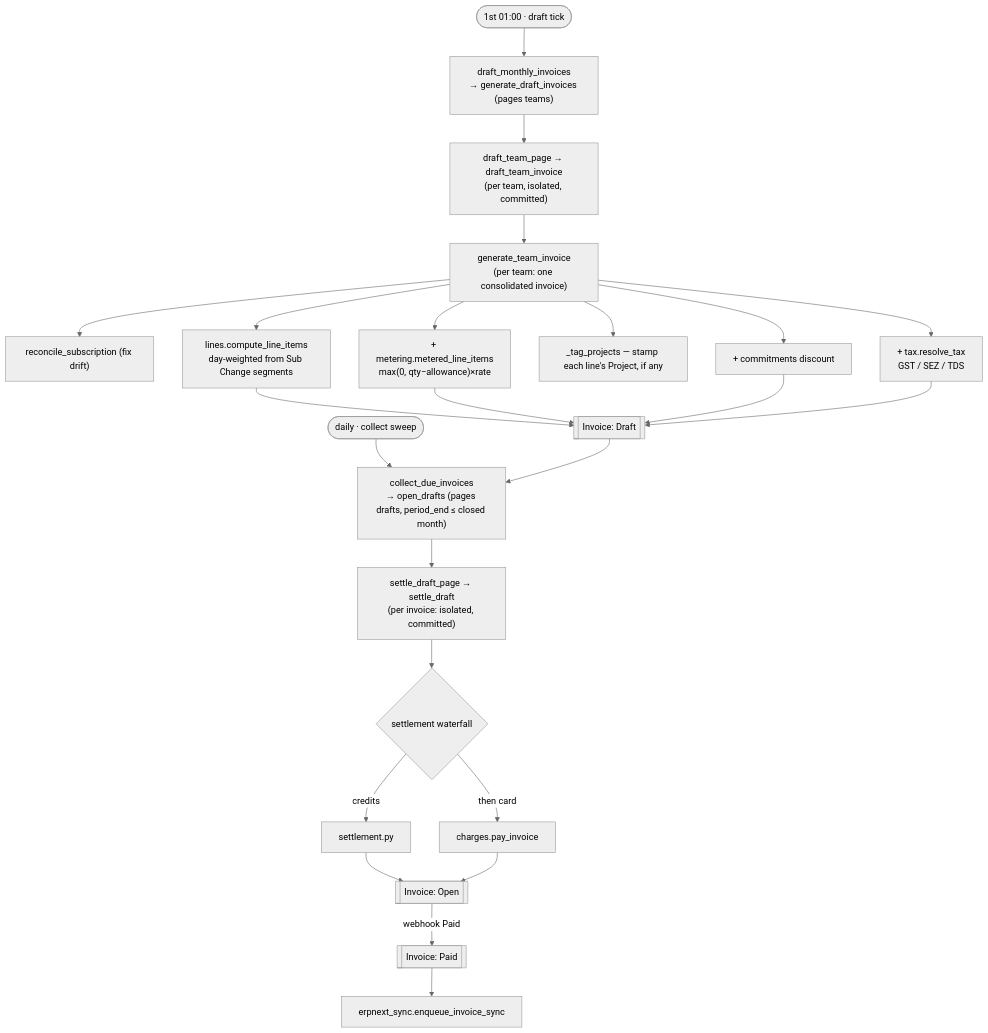
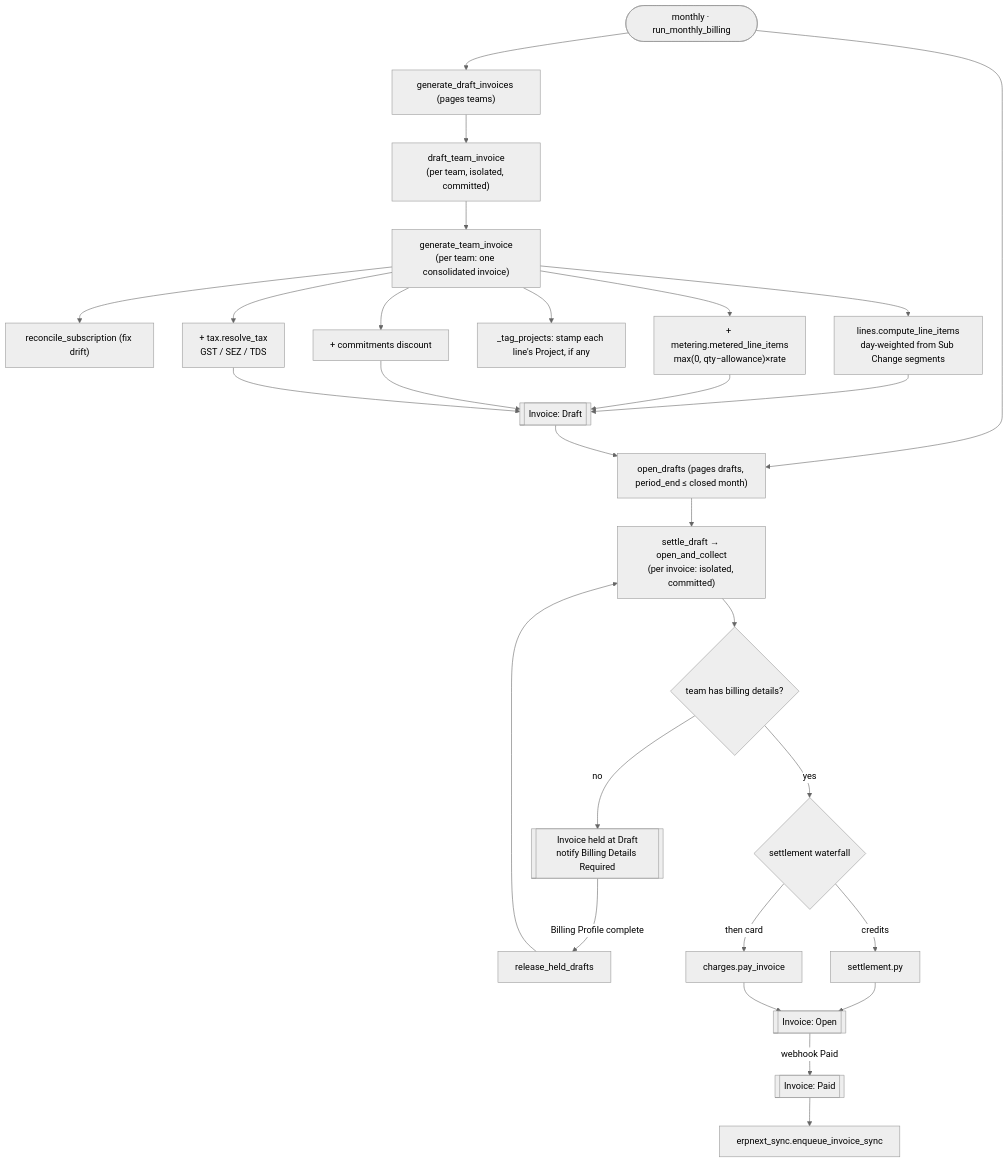
Before and after one commit to frappe/central: the fifth of 8 diagrams in central/billing/ARCHITECTURE.md, drawn with Mermaid (neutral theme). The commit also changed other lines of this file and 4 other files, not shown here.

````diff
--- a/central/billing/ARCHITECTURE.md
+++ b/central/billing/ARCHITECTURE.md
@@ -404,23 +403,27 @@
 ```mermaid
 flowchart TD
-    DRAFTTICK(["1st 01:00 · draft tick"]) --> GDI["draft_monthly_invoices<br/>→ generate_draft_invoices (pages teams)"]
-    GDI --> DTI["draft_team_page → draft_team_invoice<br/>(per team, isolated, committed)"]
+    TICK(["monthly · run_monthly_billing"]) --> GDI["generate_draft_invoices (pages teams)"]
+    GDI --> DTI["draft_team_invoice<br/>(per team, isolated, committed)"]
     DTI --> GTI["generate_team_invoice<br/>(per team: one consolidated invoice)"]
     GTI --> RS["reconcile_subscription (fix drift)"]
     GTI --> LINES["lines.compute_line_items<br/>day-weighted from Sub Change segments"]
     GTI --> MET["+ metering.metered_line_items<br/>max(0, qty−allowance)×rate"]
-    GTI --> TAG["_tag_projects — stamp each line's Project, if any"]
+    GTI --> TAG["_tag_projects: stamp each line's Project, if any"]
     GTI --> DISC["+ commitments discount"]
     GTI --> TAX["+ tax.resolve_tax<br/>GST / SEZ / TDS"]
     LINES & MET & DISC & TAX --> DRAFT[["Invoice: Draft"]]
 
-    COLLECTTICK(["daily · collect sweep"]) --> OD["collect_due_invoices<br/>→ open_drafts (pages drafts, period_end ≤ closed month)"]
+    TICK --> OD["open_drafts (pages drafts, period_end ≤ closed month)"]
     DRAFT --> OD
-    OD --> OAC["settle_draft_page → settle_draft<br/>(per invoice: isolated, committed)"]
-    OAC --> WF{"settlement waterfall"}
+    OD --> OAC["settle_draft → open_and_collect<br/>(per invoice: isolated, committed)"]
+    OAC --> HOLD{"team has billing details?"}
+    HOLD -->|no| HELD[["Invoice held at Draft<br/>notify Billing Details Required"]]
+    HELD -->|Billing Profile complete| REL["release_held_drafts"]
+    REL --> OAC
+    HOLD -->|yes| WF{"settlement waterfall"}
     WF -->|credits| CR["settlement.py"]
     WF -->|then card| CARD["charges.pay_invoice"]
     CR & CARD --> OPEN[["Invoice: Open"]]
     OPEN -->|webhook Paid| PAID[["Invoice: Paid"]]
     PAID --> SYNC["erpnext_sync.enqueue_invoice_sync"]
 ```
````
